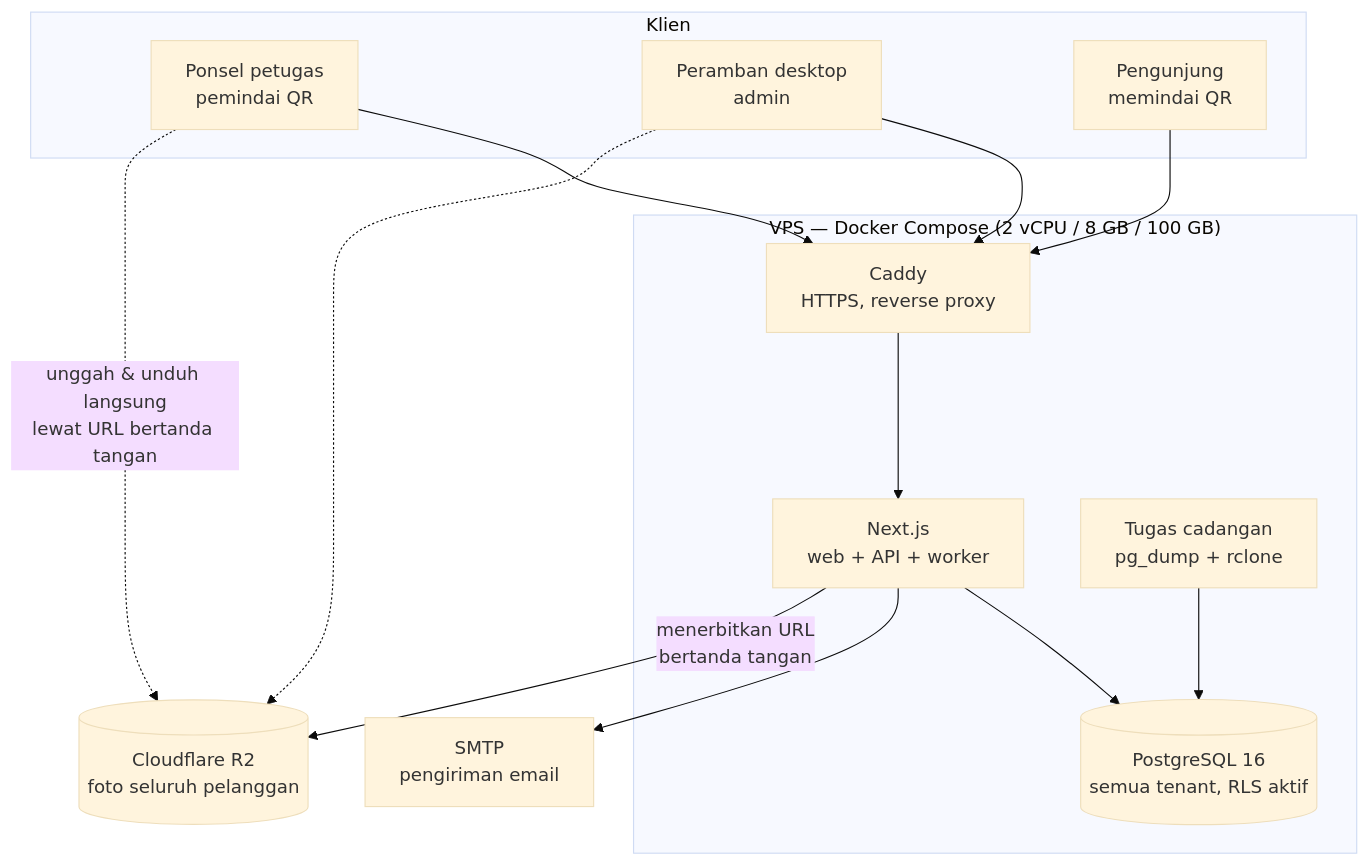
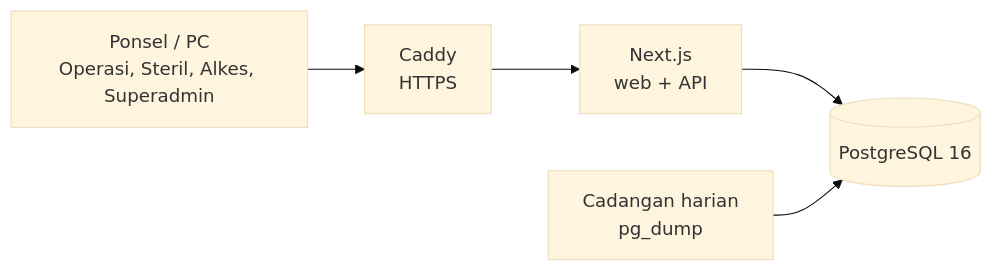
The first of 2 diagrams in docs/04-technical-architecture.md (mferdinandr/inventory-management), drawn with Mermaid (base theme) before and after one commit. The commit also changed other lines of this file and 1 other file, not shown here.

First line of the commit message:
docs: rewrite schema and architecture (route, ALKES location, user management)

````diff
--- a/docs/04-technical-architecture.md
+++ b/docs/04-technical-architecture.md
@@ -42,29 +28,7 @@
 ```mermaid
-flowchart TB
-    subgraph Klien
-        HP["Ponsel petugas<br/>pemindai QR"]
-        PC["Peramban desktop<br/>admin"]
-        PUB["Pengunjung<br/>memindai QR"]
-    end
-
-    subgraph VPS["VPS — Docker Compose (2 vCPU / 8 GB / 100 GB)"]
-        CADDY["Caddy<br/>HTTPS, reverse proxy"]
-        APP["Next.js<br/>web + API + worker"]
-        PG[("PostgreSQL 16<br/>semua tenant, RLS aktif")]
-        BACKUP["Tugas cadangan<br/>pg_dump + rclone"]
-    end
-
-    R2[("Cloudflare R2<br/>foto seluruh pelanggan")]
-    SMTP["SMTP<br/>pengiriman email"]
-
-    HP --> CADDY
-    PC --> CADDY
-    PUB --> CADDY
-    CADDY --> APP
-    APP --> PG
-    APP --> SMTP
-    HP -.->|"unggah & unduh langsung<br/>lewat URL bertanda tangan"| R2
-    PC -.-> R2
-    APP -->|"menerbitkan URL<br/>bertanda tangan"| R2
-    BACKUP --> PG
+flowchart LR
+    HP["Ponsel / PC<br/>Operasi, Steril, Alkes, Superadmin"] --> CADDY["Caddy<br/>HTTPS"]
+    CADDY --> APP["Next.js<br/>web + API"]
+    APP --> PG[("PostgreSQL 16")]
+    BACKUP["Cadangan harian<br/>pg_dump"] --> PG
 ```
````
